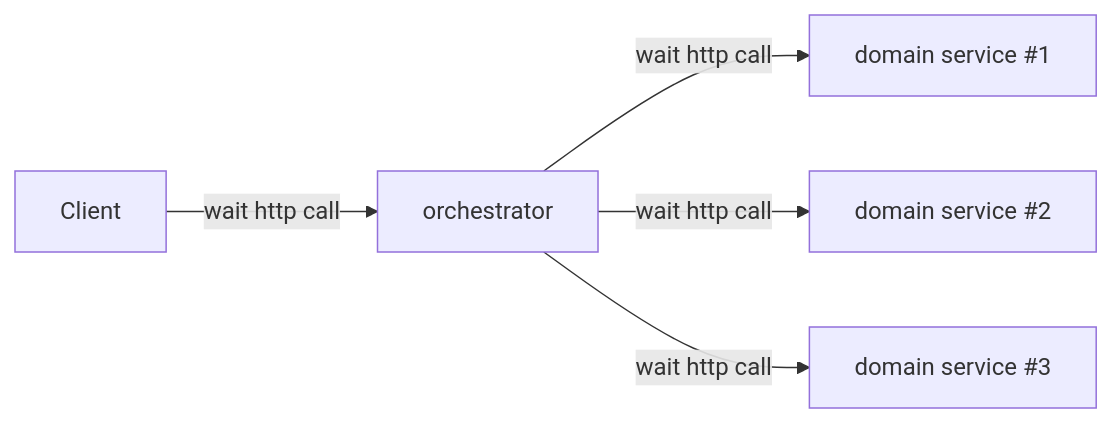
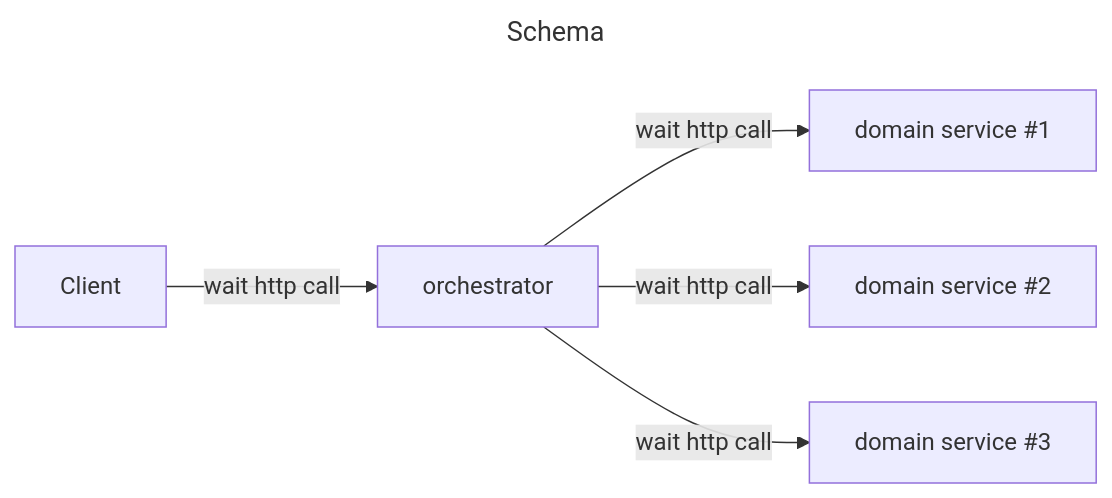
Before and after one commit to zhuravlevma/saga-patterns: the diagram in epic-saga/README.md, drawn with Mermaid.

````diff
--- a/epic-saga/README.md
+++ b/epic-saga/README.md
@@ -7,8 +7,10 @@
 ```mermaid
+---
+title: Schema
+---
 flowchart LR
-
 C["Client"]-->|wait http call|O["orchestrator"]
 O-->|wait http call|D1["domain service #1"]
 O-->|wait http call|D2["domain service #2"]
 O-->|wait http call|D3["domain service #3"]
 ```
````
